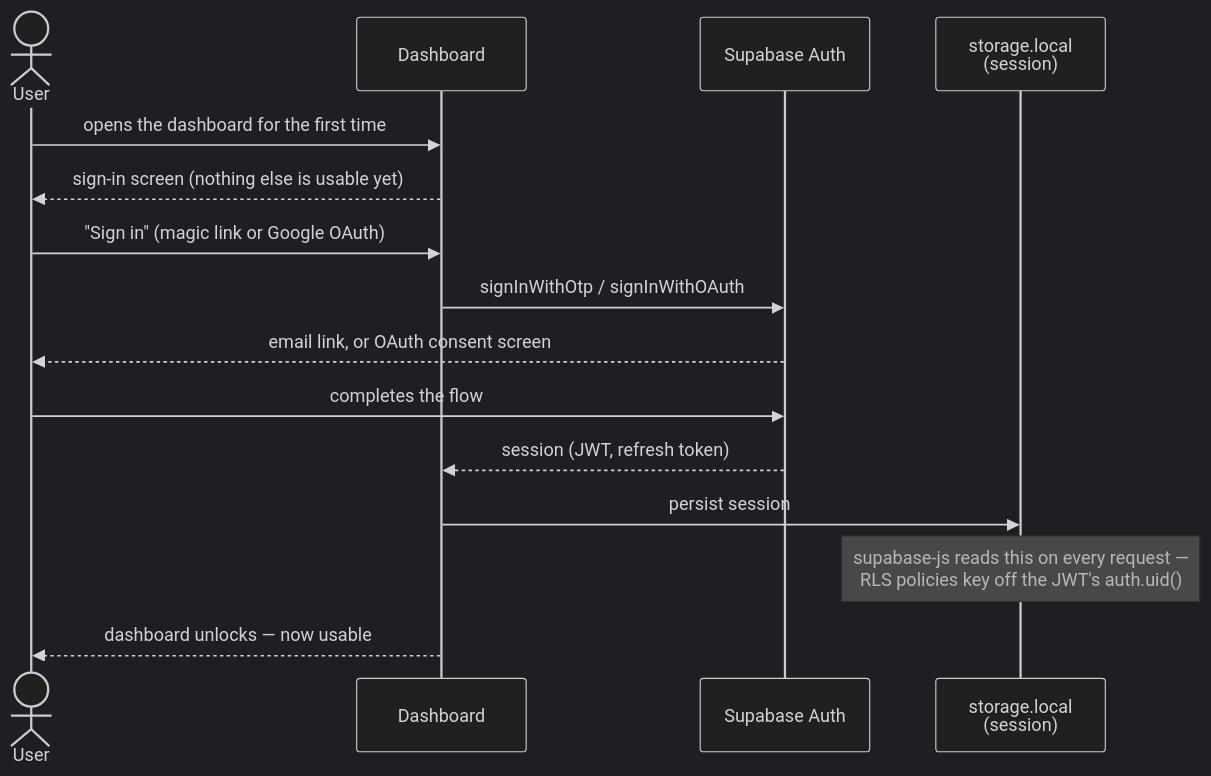
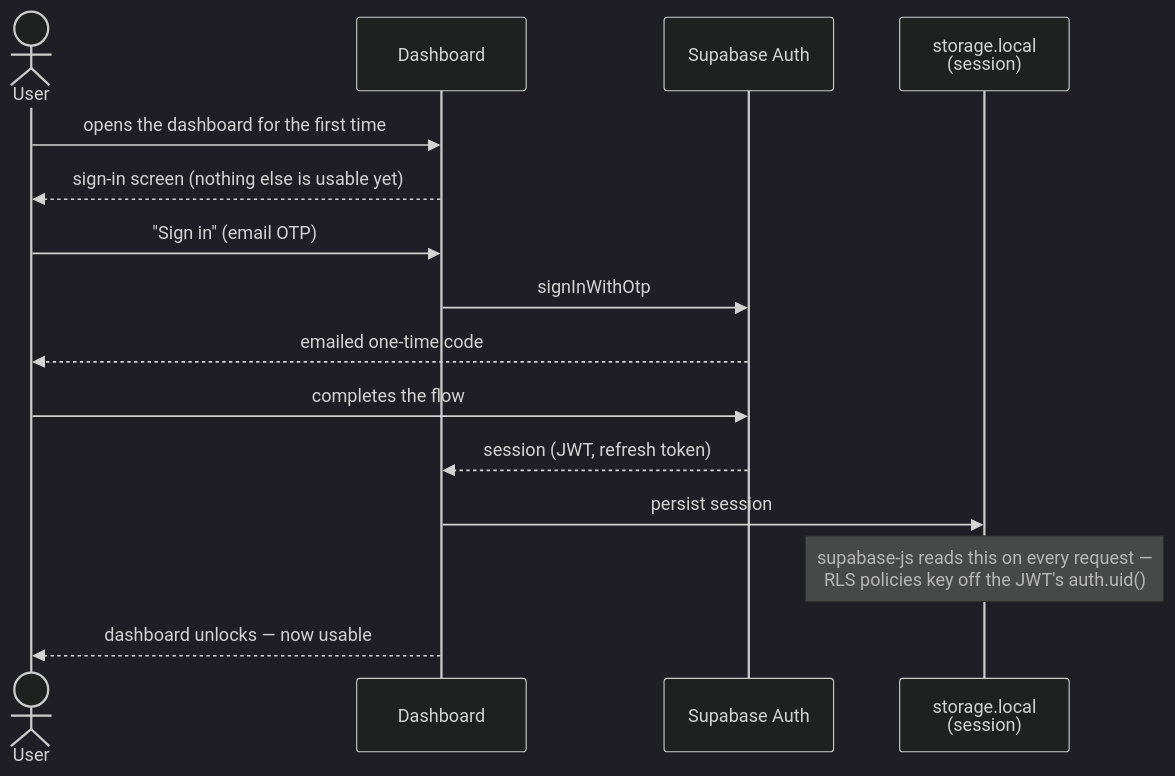
One commit to enyhma/cntxt changed the second of 8 diagrams in docs/architecture-sync.md. Above: the diagram before and after it, drawn with Mermaid (dark theme). The commit also changed 20 other files, not shown here.

First line of the commit message:
feat: add Basic one-time plan, gate Sync/Timeline/Shortcuts to Pro, drop Google sign-in

````diff
--- a/docs/architecture-sync.md
+++ b/docs/architecture-sync.md
@@ -107,18 +107,18 @@
 ```mermaid
 sequenceDiagram
     actor User
     participant Dashboard
     participant SupaAuth as Supabase Auth
     participant Session as storage.local<br/>(session)
 
     User->>Dashboard: opens the dashboard for the first time
     Dashboard-->>User: sign-in screen (nothing else is usable yet)
-    User->>Dashboard: "Sign in" (magic link or Google OAuth)
-    Dashboard->>SupaAuth: signInWithOtp / signInWithOAuth
-    SupaAuth-->>User: email link, or OAuth consent screen
+    User->>Dashboard: "Sign in" (email OTP)
+    Dashboard->>SupaAuth: signInWithOtp
+    SupaAuth-->>User: emailed one-time code
     User->>SupaAuth: completes the flow
     SupaAuth-->>Dashboard: session (JWT, refresh token)
     Dashboard->>Session: persist session
     Note over Session: supabase-js reads this on every request —<br/>RLS policies key off the JWT's auth.uid()
     Dashboard-->>User: dashboard unlocks — now usable
 ```
````
